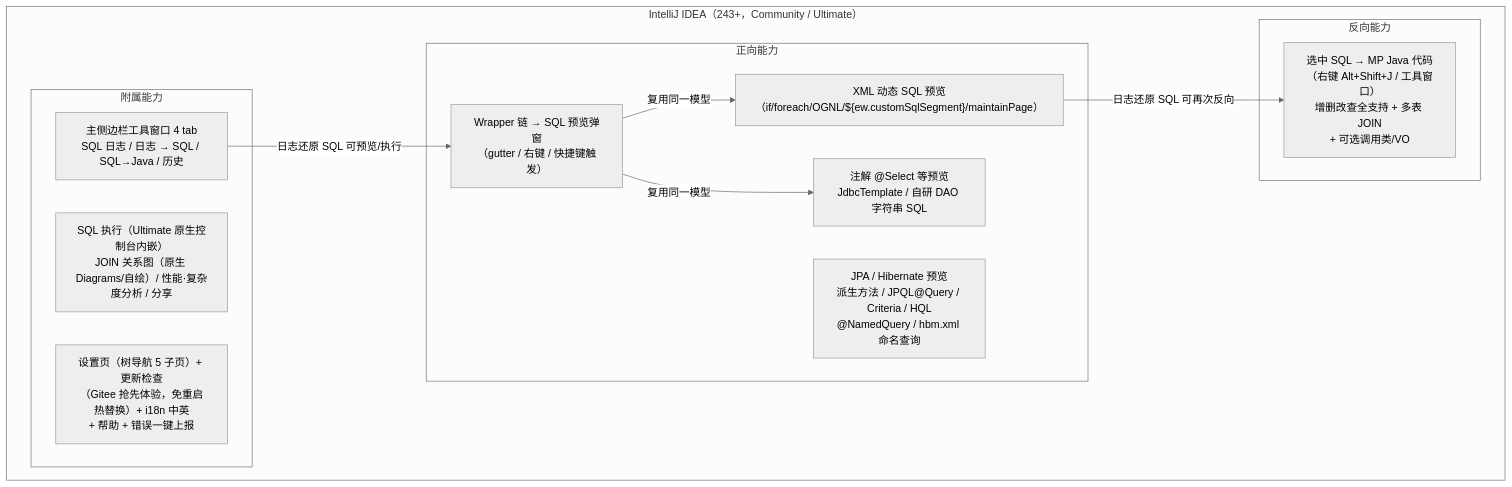
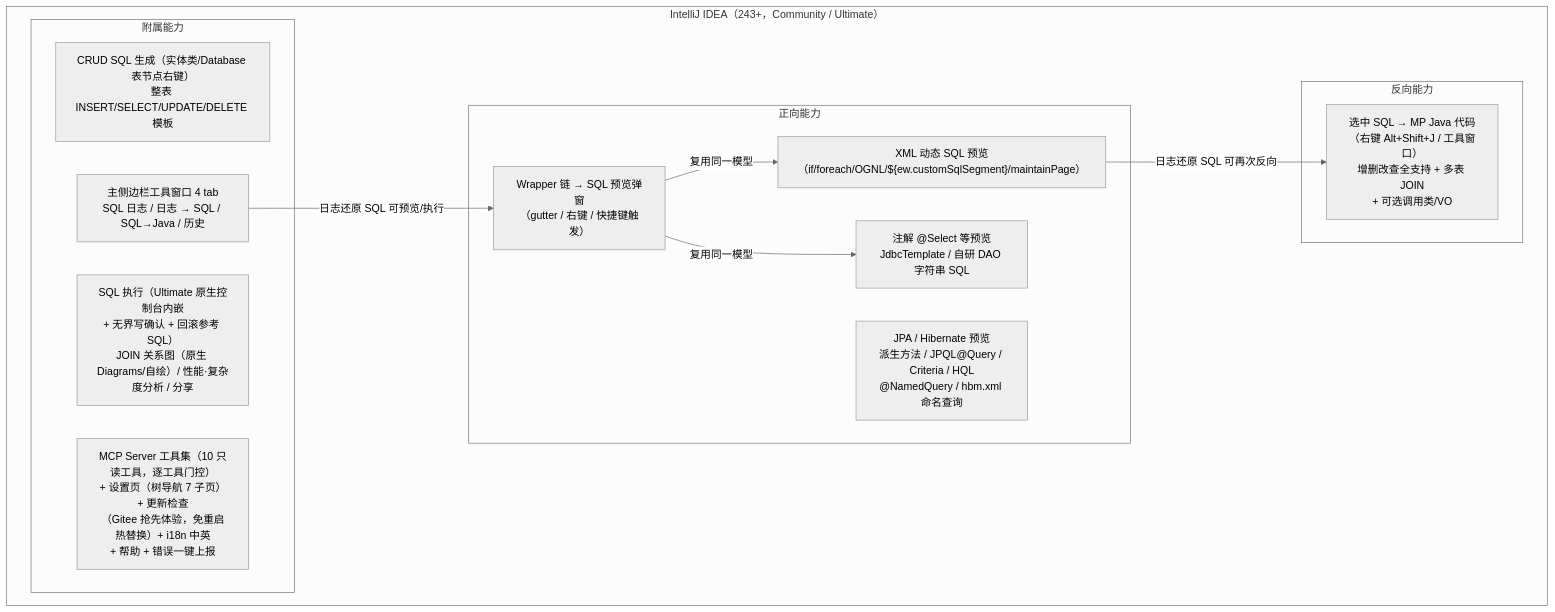
One commit to JayF211/mybatis-plus-sql-visualizer changed the first of 5 diagrams in docs/架构设计/01-项目架构总览.md. Above: the diagram before and after it, drawn with Mermaid (neutral theme). The commit also changed other lines of this file and 2 other files, not shown here.

````diff
--- a/docs/架构设计/01-项目架构总览.md
+++ b/docs/架构设计/01-项目架构总览.md
@@ -17,23 +18,24 @@
 ```mermaid
 flowchart TD
     subgraph IDE["IntelliJ IDEA（243+，Community / Ultimate）"]
         subgraph 正向能力
             F1["Wrapper 链 → SQL 预览弹窗<br/>（gutter / 右键 / 快捷键触发）"]
             F2["XML 动态 SQL 预览<br/>（if/foreach/OGNL/${ew.customSqlSegment}/maintainPage）"]
             F3["注解 @Select 等预览<br/>JdbcTemplate / 自研 DAO 字符串 SQL"]
             F4["JPA / Hibernate 预览<br/>派生方法 / JPQL@Query / Criteria / HQL<br/>@NamedQuery / hbm.xml 命名查询"]
         end
         subgraph 反向能力
             R1["选中 SQL → MP Java 代码<br/>（右键 Alt+Shift+J / 工具窗口）<br/>增删改查全支持 + 多表 JOIN<br/>+ 可选调用类/VO"]
         end
         subgraph 附属能力
+            S0["CRUD SQL 生成（实体类/Database 表节点右键）<br/>整表 INSERT/SELECT/UPDATE/DELETE 模板"]
             S1["主侧边栏工具窗口 4 tab<br/>SQL 日志 / 日志 → SQL / SQL→Java / 历史"]
-            S2["SQL 执行（Ultimate 原生控制台内嵌）<br/>JOIN 关系图（原生 Diagrams/自绘）/ 性能·复杂度分析 / 分享"]
-            S3["设置页（树导航 5 子页）+ 更新检查<br/>（Gitee 抢先体验，免重启热替换）+ i18n 中英<br/>+ 帮助 + 错误一键上报"]
+            S2["SQL 执行（Ultimate 原生控制台内嵌<br/>+ 无界写确认 + 回滚参考 SQL）<br/>JOIN 关系图（原生 Diagrams/自绘）/ 性能·复杂度分析 / 分享"]
+            S3["MCP Server 工具集（10 只读工具，逐工具门控）<br/>+ 设置页（树导航 7 子页）+ 更新检查<br/>（Gitee 抢先体验，免重启热替换）+ i18n 中英<br/>+ 帮助 + 错误一键上报"]
         end
     end
     F1 -->|"复用同一模型"| F2
     F1 -->|"复用同一模型"| F3
     F2 -->|"日志还原 SQL 可再次反向"| R1
     S1 -->|"日志还原 SQL 可预览/执行"| F1
 ```
````
